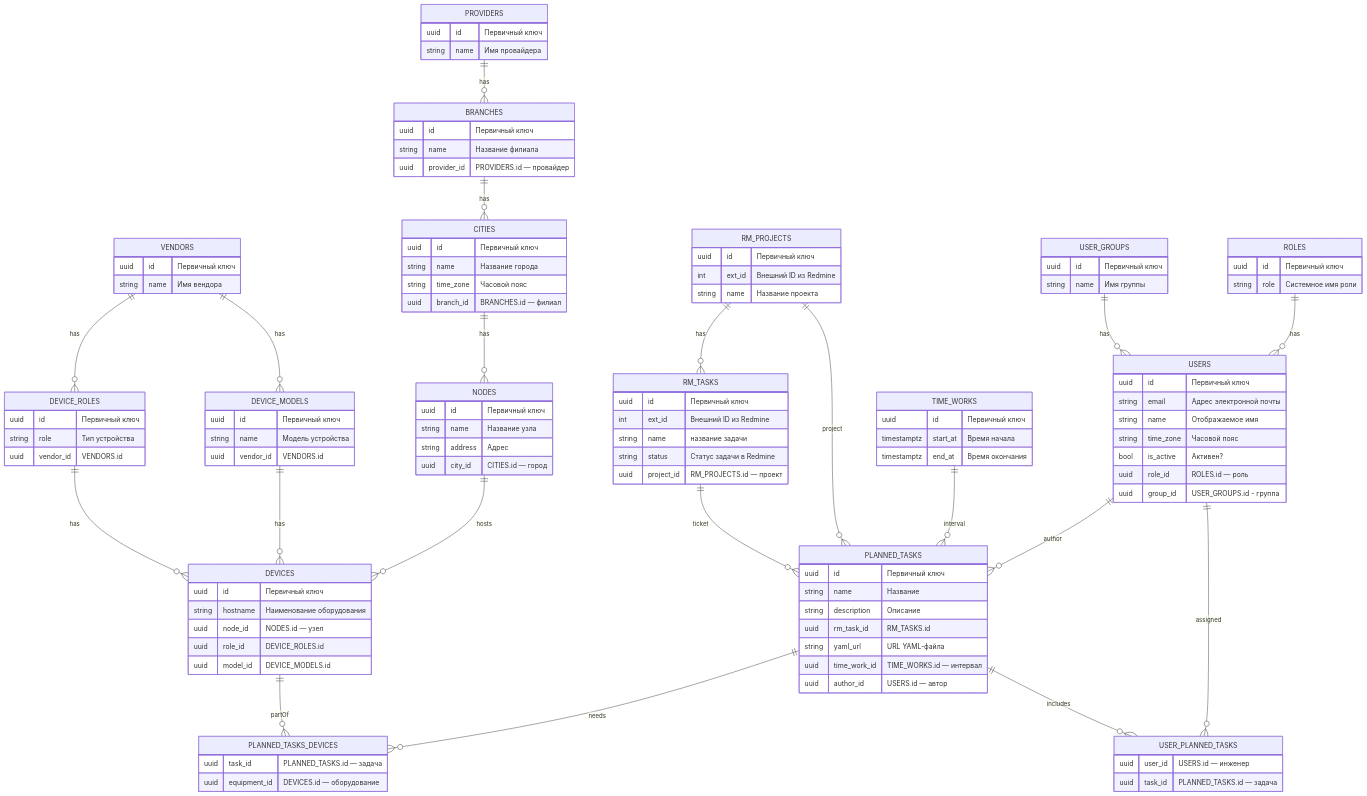
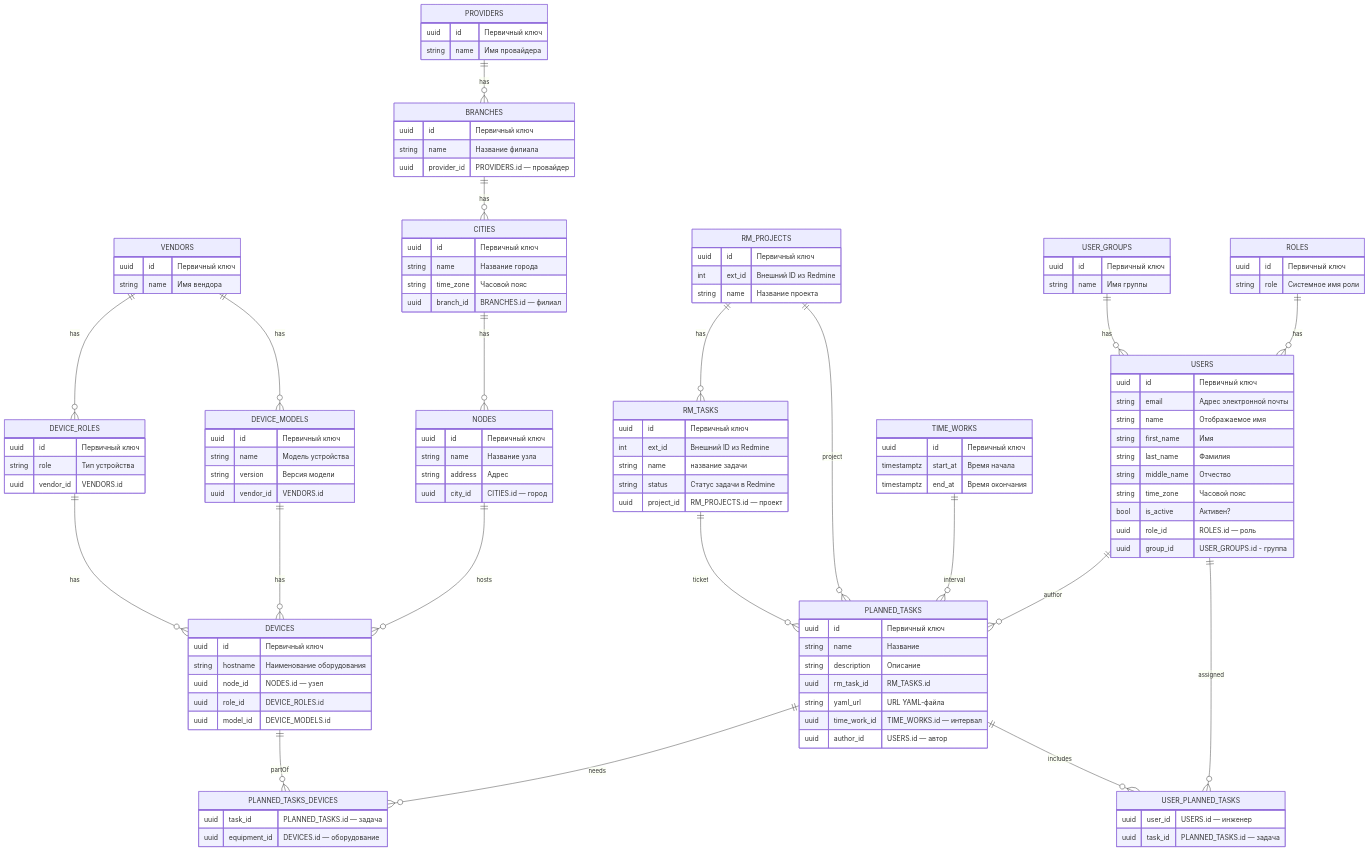
Before and after one commit to yushachkov01/new_ntPlanner: the diagram in project-schemas/hasuraScheme.md, drawn with Mermaid.

Commit message:
Добавил поля в схему hasura

```diff
--- a/project-schemas/hasuraScheme.md
+++ b/project-schemas/hasuraScheme.md
@@ -48,6 +48,7 @@
     DEVICE_MODELS {
         uuid   id        "Первичный ключ"
         string name      "Модель устройства"
+        string version    "Версия модели"
         uuid   vendor_id " VENDORS.id"
     }
 
@@ -80,6 +81,9 @@
         uuid   id           "Первичный ключ"
         string email        "Адрес электронной почты"
         string name         "Отображаемое имя"
+        string first_name   "Имя"
+        string last_name    "Фамилия"
+        string middle_name  "Отчество"
         string time_zone    "Часовой пояс"
         bool   is_active    "Активен?"
         uuid   role_id      "ROLES.id — роль"
```
